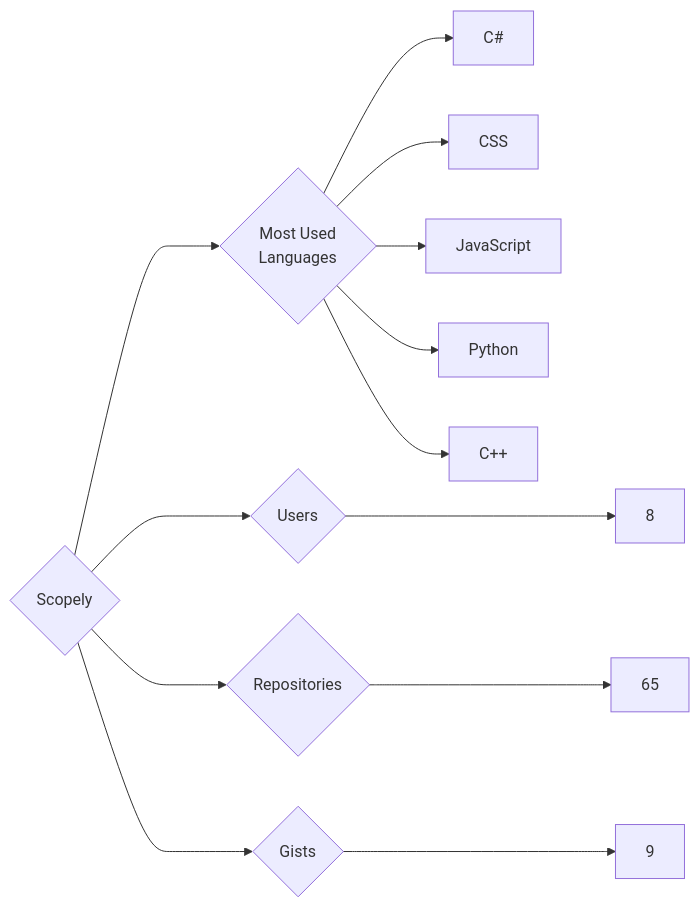
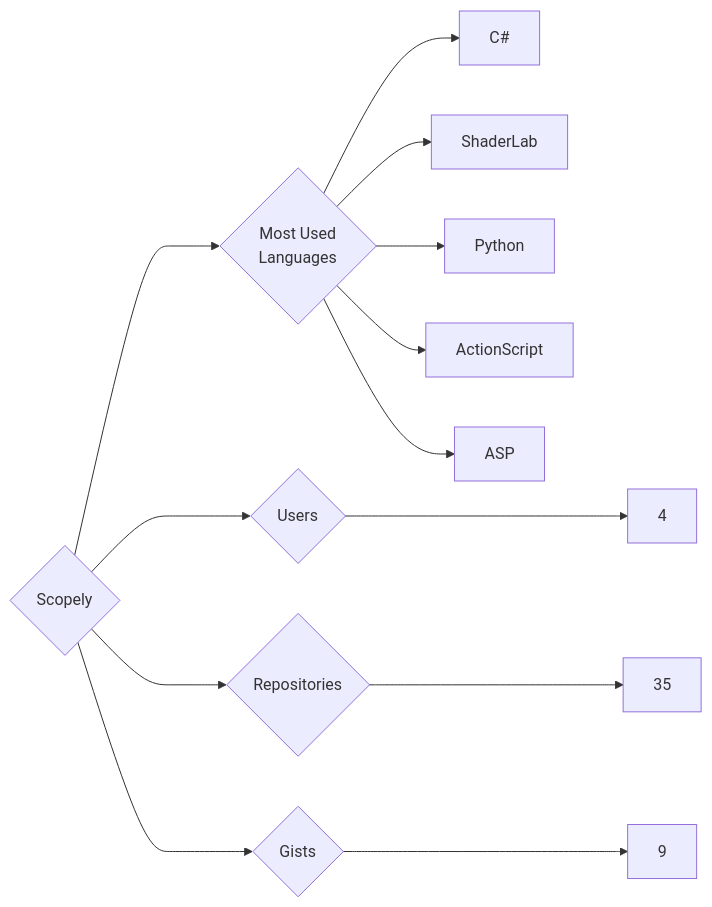
The diagram in targets/Scopely/README.md (trickest/insiders), drawn with Mermaid before and after one commit. The commit also changed 1496 other files, not shown here.

````diff
--- a/targets/Scopely/README.md
+++ b/targets/Scopely/README.md
@@ -3,13 +3,13 @@
 ```mermaid
 graph LR
 COMPANY_NAME{Scopely}
-COMPANY_NAME ---> U{Users} ---> UN[8]
-COMPANY_NAME ---> R{Repositories} ---> RN[65]
+COMPANY_NAME ---> U{Users} ---> UN[4]
+COMPANY_NAME ---> R{Repositories} ---> RN[35]
 COMPANY_NAME ---> G{Gists} ---> GN[9]
 COMPANY_NAME ---> ML{Most Used<br>Languages}
 ML --> C#[C#]
-ML --> CSS[CSS]
-ML --> JavaScript[JavaScript]
+ML --> ShaderLab[ShaderLab]
 ML --> Python[Python]
-ML --> C++[C++]
+ML --> ActionScript[ActionScript]
+ML --> ASP[ASP]
 ```
````
